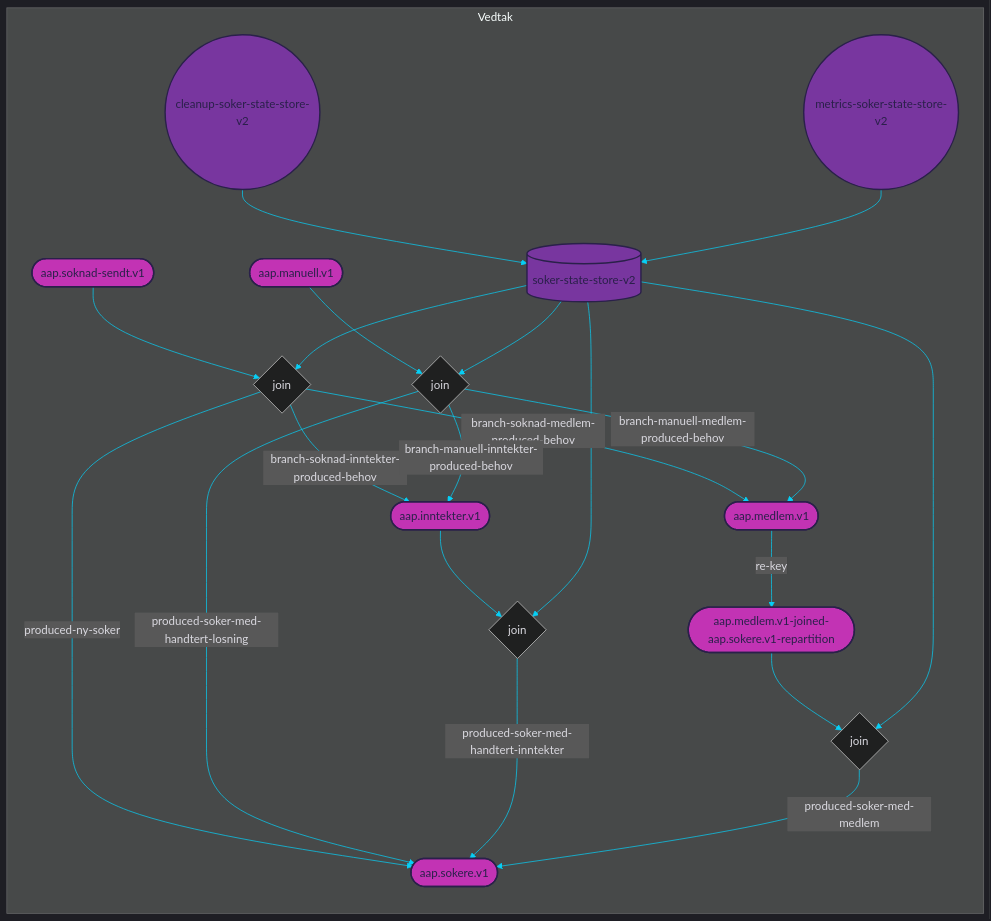
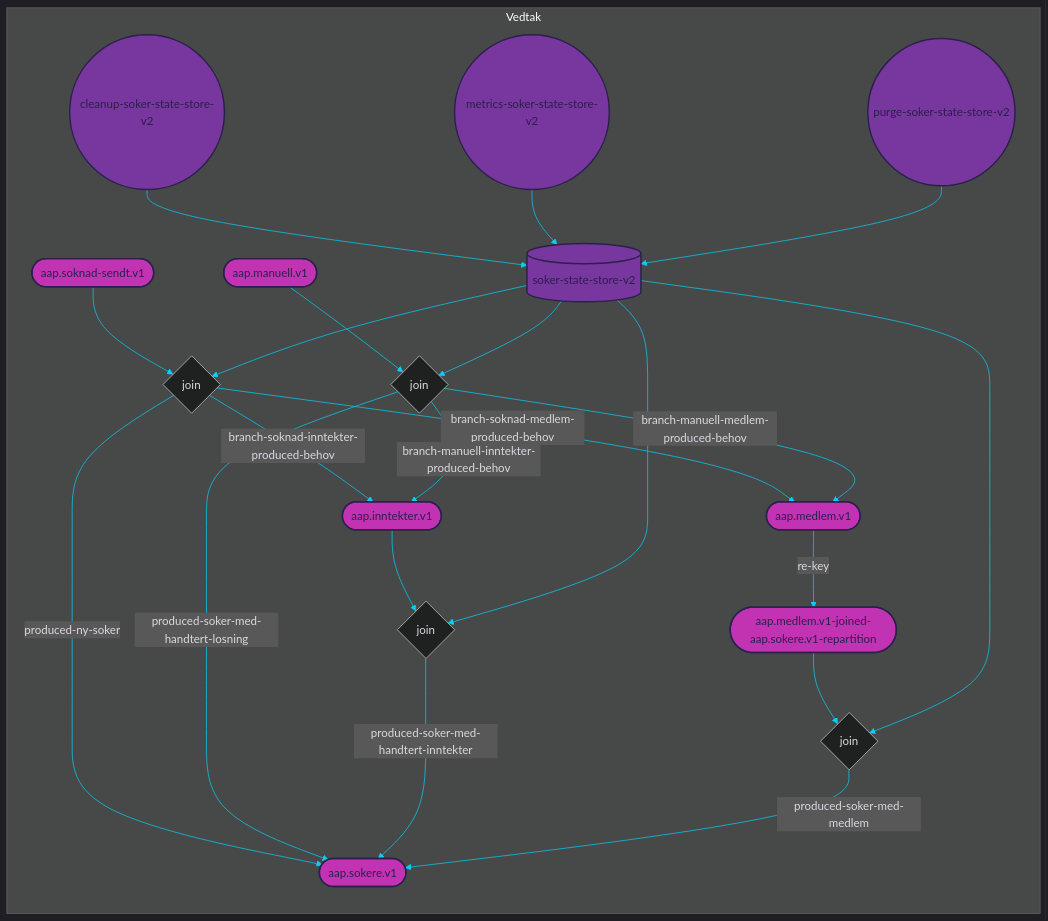
The diagram in doc/topology.mermaid (navikt/aap-vedtak), drawn with Mermaid before and after one commit. The commit also changed 2 other files, not shown here.

Commit message:
DevTool-endepunkt for å slette alle søkere i state store

```diff
--- a/doc/topology.mermaid
+++ b/doc/topology.mermaid
@@ -1,70 +1,73 @@
 
 %%{init: {'theme': 'dark', 'themeVariables': { 'primaryColor': '#07cff6', 'textColor': '#dad9e0', 'lineColor': '#07cff6'}}}%%
 
 graph LR
 
 subgraph Vedtak
     %% TOPICS
     aap.soknad-sendt.v1([aap.soknad-sendt.v1])
 	aap.manuell.v1([aap.manuell.v1])
 	aap.sokere.v1([aap.sokere.v1])
 	aap.inntekter.v1([aap.inntekter.v1])
 	aap.medlem.v1-joined-aap.sokere.v1-repartition([aap.medlem.v1-joined-aap.sokere.v1-repartition])
 	aap.medlem.v1([aap.medlem.v1])
     
     %% JOINS
     join-0{join}
 	join-1{join}
 	join-2{join}
 	join-3{join}
     
     %% STATE STORES
     soker-state-store-v2[(soker-state-store-v2)]
     
     %% PROCESSOR API JOBS
     cleanup-soker-state-store-v2((cleanup-soker-state-store-v2))
 	metrics-soker-state-store-v2((metrics-soker-state-store-v2))
+	purge-soker-state-store-v2((purge-soker-state-store-v2))
     
     %% JOIN STREAMS
     aap.soknad-sendt.v1 --> join-0
 	soker-state-store-v2 --> join-0
 	join-0 --> |produced-ny-soker| aap.sokere.v1
 	join-0 --> |branch-soknad-medlem-produced-behov| aap.medlem.v1
 	join-0 --> |branch-soknad-inntekter-produced-behov| aap.inntekter.v1
 	aap.manuell.v1 --> join-1
 	soker-state-store-v2 --> join-1
 	join-1 --> |branch-manuell-inntekter-produced-behov| aap.inntekter.v1
 	join-1 --> |branch-manuell-medlem-produced-behov| aap.medlem.v1
 	join-1 --> |produced-soker-med-handtert-losning| aap.sokere.v1
 	aap.inntekter.v1 --> join-2
 	soker-state-store-v2 --> join-2
 	join-2 --> |produced-soker-med-handtert-inntekter| aap.sokere.v1
 	aap.medlem.v1-joined-aap.sokere.v1-repartition --> join-3
 	soker-state-store-v2 --> join-3
 	join-3 --> |produced-soker-med-medlem| aap.sokere.v1
     
     %% JOB STREAMS
     cleanup-soker-state-store-v2 --> soker-state-store-v2
 	metrics-soker-state-store-v2 --> soker-state-store-v2
+	purge-soker-state-store-v2 --> soker-state-store-v2
     
     %% REPARTITION STREAMS
     aap.medlem.v1 --> |re-key| aap.medlem.v1-joined-aap.sokere.v1-repartition
 end
 
 %% COLORS
 %% light    #dad9e0
 %% purple   #78369f
 %% pink     #c233b4
 %% dark     #2a204a
 %% blue     #07cff6
 
 %% STYLES
 style aap.soknad-sendt.v1 fill:#c233b4, stroke:#2a204a, stroke-width:2px, color:#2a204a
 style aap.manuell.v1 fill:#c233b4, stroke:#2a204a, stroke-width:2px, color:#2a204a
 style aap.sokere.v1 fill:#c233b4, stroke:#2a204a, stroke-width:2px, color:#2a204a
 style aap.inntekter.v1 fill:#c233b4, stroke:#2a204a, stroke-width:2px, color:#2a204a
 style aap.medlem.v1-joined-aap.sokere.v1-repartition fill:#c233b4, stroke:#2a204a, stroke-width:2px, color:#2a204a
 style aap.medlem.v1 fill:#c233b4, stroke:#2a204a, stroke-width:2px, color:#2a204a
 style soker-state-store-v2 fill:#78369f, stroke:#2a204a, stroke-width:2px, color:#2a204a
 style cleanup-soker-state-store-v2 fill:#78369f, stroke:#2a204a, stroke-width:2px, color:#2a204a
 style metrics-soker-state-store-v2 fill:#78369f, stroke:#2a204a, stroke-width:2px, color:#2a204a
+style purge-soker-state-store-v2 fill:#78369f, stroke:#2a204a, stroke-width:2px, color:#2a204a
```
